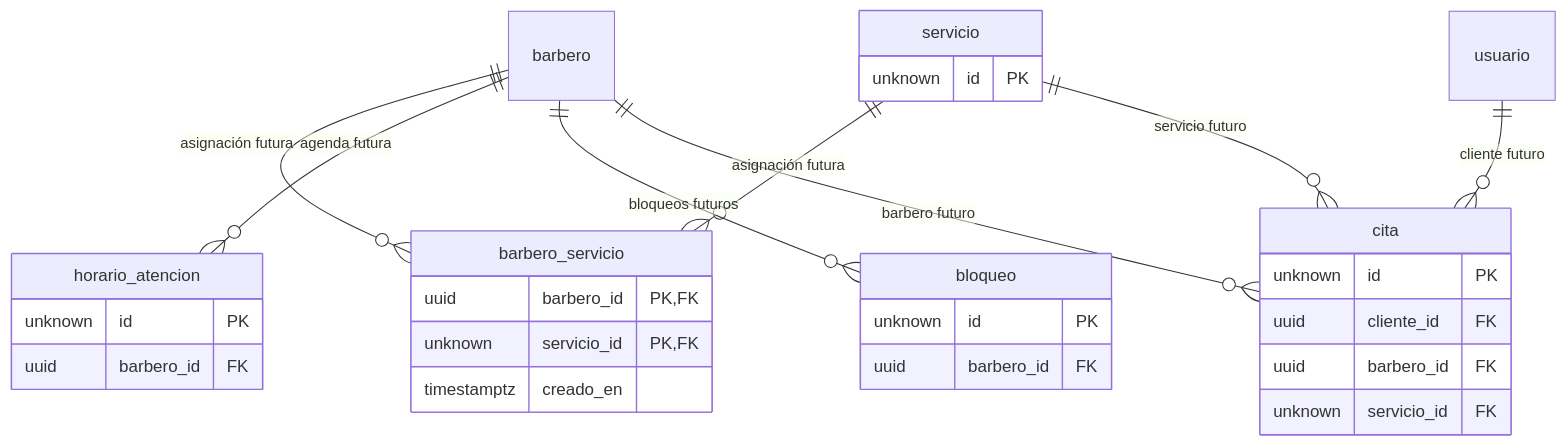
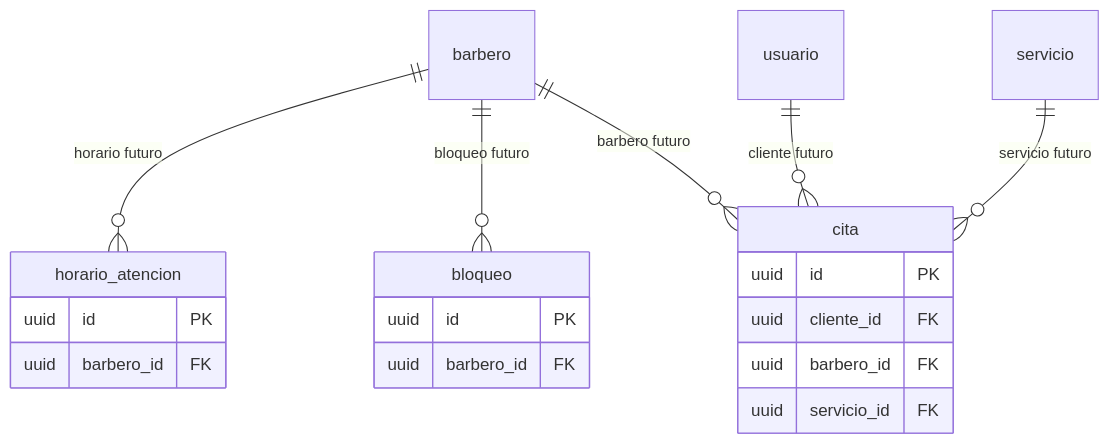
Before and after one commit to SantiagoBastidas04/oalbarber: the second of 2 diagrams in docs/arquitectura/modelo-datos.md, drawn with Mermaid. The commit also changed other lines of this file and 32 other files, not shown here.

````diff
--- a/docs/arquitectura/modelo-datos.md
+++ b/docs/arquitectura/modelo-datos.md
@@ -64,33 +87,23 @@
 ```mermaid
 erDiagram
-    barbero ||--o{ barbero_servicio : "asignación futura"
-    servicio ||--o{ barbero_servicio : "asignación futura"
-    barbero ||--o{ horario_atencion : "agenda futura"
-    barbero ||--o{ bloqueo : "bloqueos futuros"
+    barbero ||--o{ horario_atencion : "horario futuro"
+    barbero ||--o{ bloqueo : "bloqueo futuro"
     usuario ||--o{ cita : "cliente futuro"
     barbero ||--o{ cita : "barbero futuro"
     servicio ||--o{ cita : "servicio futuro"
 
-    barbero_servicio {
-        uuid barbero_id PK, FK
-        unknown servicio_id PK, FK
-        timestamptz creado_en
-    }
-    servicio {
-        unknown id PK
-    }
     horario_atencion {
-        unknown id PK
+        uuid id PK
         uuid barbero_id FK
     }
     bloqueo {
-        unknown id PK
+        uuid id PK
         uuid barbero_id FK
     }
     cita {
-        unknown id PK
+        uuid id PK
         uuid cliente_id FK
         uuid barbero_id FK
-        unknown servicio_id FK
+        uuid servicio_id FK
     }
 ```
````
